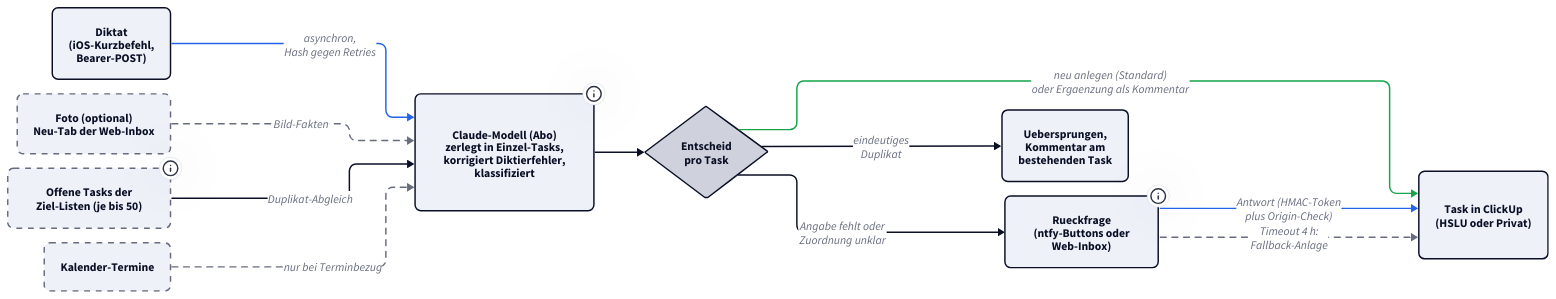
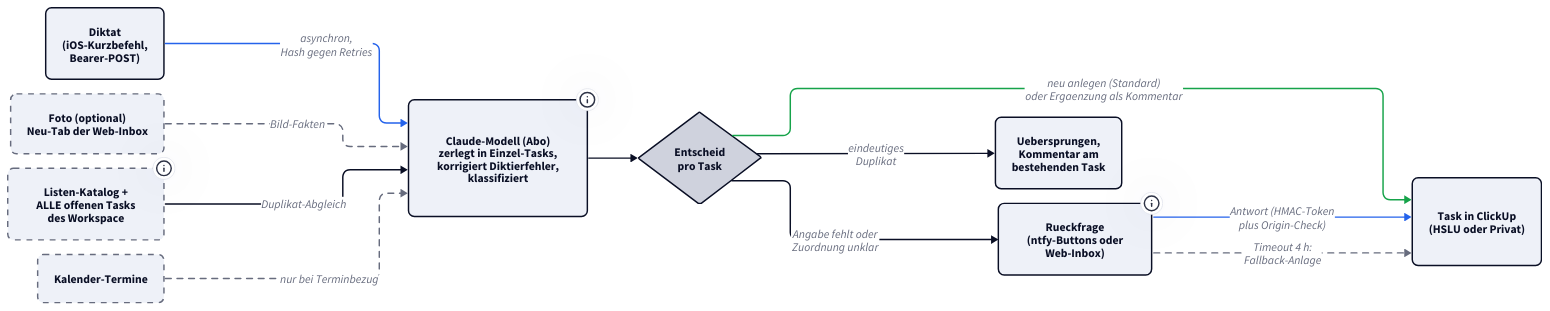
The fourth of 4 diagrams in docs/todo-ingest/index.md (derever-labs/homelab-wiki), drawn with D2 before and after one commit. The commit also changed other lines of this file, not shown here.

First line of the commit message:
docs(todo-ingest): List-Routing live -- Kontext-Abschnitte nachgefuehrt

````diff
--- a/docs/todo-ingest/index.md
+++ b/docs/todo-ingest/index.md
@@ -195,57 +195,57 @@
 ```d2
 vars: {
   d2-config: {
     theme-id: 1
     layout-engine: elk
   }
 }
 
 classes: {
   node: { style: { border-radius: 8 } }
   kontext: {
     style: {
       border-radius: 8
       stroke-dash: 4
     }
   }
 }
 
 direction: right
 
 Diktat: "Diktat\n(iOS-Kurzbefehl,\nBearer-POST)" { class: node }
 Foto: "Foto (optional)\nNeu-Tab der Web-Inbox" { class: kontext }
-Kontext: "Offene Tasks der\nZiel-Listen (je bis 50)" {
+Kontext: "Listen-Katalog +\nALLE offenen Tasks\ndes Workspace" {
   class: kontext
   tooltip: Nur die konfigurierten Ziel-Listen, als reine Daten -- Basis fuer Duplikat- und Verknuepfungs-Erkennung
 }
 Kalender: "Kalender-Termine" { class: kontext }
 
 Modell: "Claude-Modell (Abo)\nzerlegt in Einzel-Tasks,\nkorrigiert Diktierfehler,\nklassifiziert" {
   class: node
   tooltip: Pro Task Workspace, Titel, Beschreibung und Faelligkeit, dazu Prioritaet nur bei diktierter Dringlichkeit, optional Startdatum, Aufwand, Zuweisung, Checkliste und Verknuepfungen
 }
 
 Entscheid: "Entscheid\npro Task" {
   class: node
   shape: diamond
 }
 
 Frage: "Rueckfrage\n(ntfy-Buttons oder\nWeb-Inbox)" {
   class: node
   tooltip: Blockierend wartet die Anlage (Timeout 4 h, dann Fallback-Anlage mit Hinweis), nicht-blockierend ist der Task sofort da und die Antwort reichert an (7 Tage)
 }
 
 ClickUp: "Task in ClickUp\n(HSLU oder Privat)" { class: node }
 Duplikat: "Uebersprungen,\nKommentar am\nbestehenden Task" { class: node }
 
 Diktat -> Modell: "asynchron,\nHash gegen Retries" { style.stroke: "#2563eb" }
 Foto -> Modell: "Bild-Fakten" { style.stroke-dash: 4 }
 Kontext -> Modell: "Duplikat-Abgleich"
 Kalender -> Modell: "nur bei Terminbezug" { style.stroke-dash: 4 }
 Modell -> Entscheid
 Entscheid -> ClickUp: "neu anlegen (Standard)\noder Ergaenzung als Kommentar" { style.stroke: "#16a34a" }
 Entscheid -> Duplikat: "eindeutiges\nDuplikat"
 Entscheid -> Frage: "Angabe fehlt oder\nZuordnung unklar"
 Frage -> ClickUp: "Antwort (HMAC-Token\nplus Origin-Check)" { style.stroke: "#2563eb" }
 Frage -> ClickUp: "Timeout 4 h:\nFallback-Anlage" { style.stroke-dash: 4 }
 ```
````
